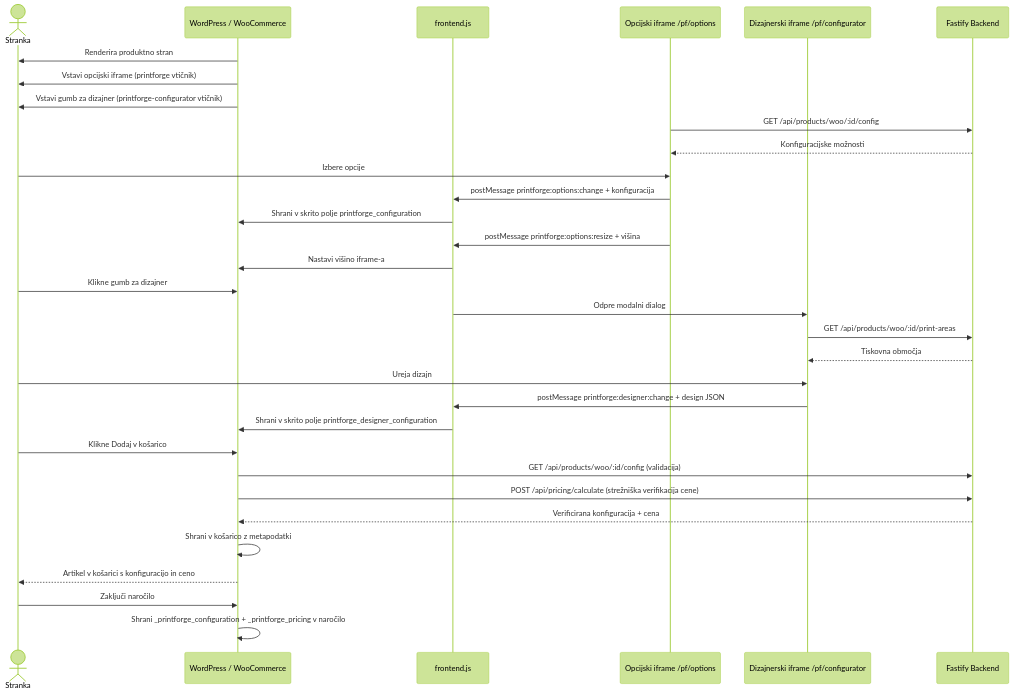
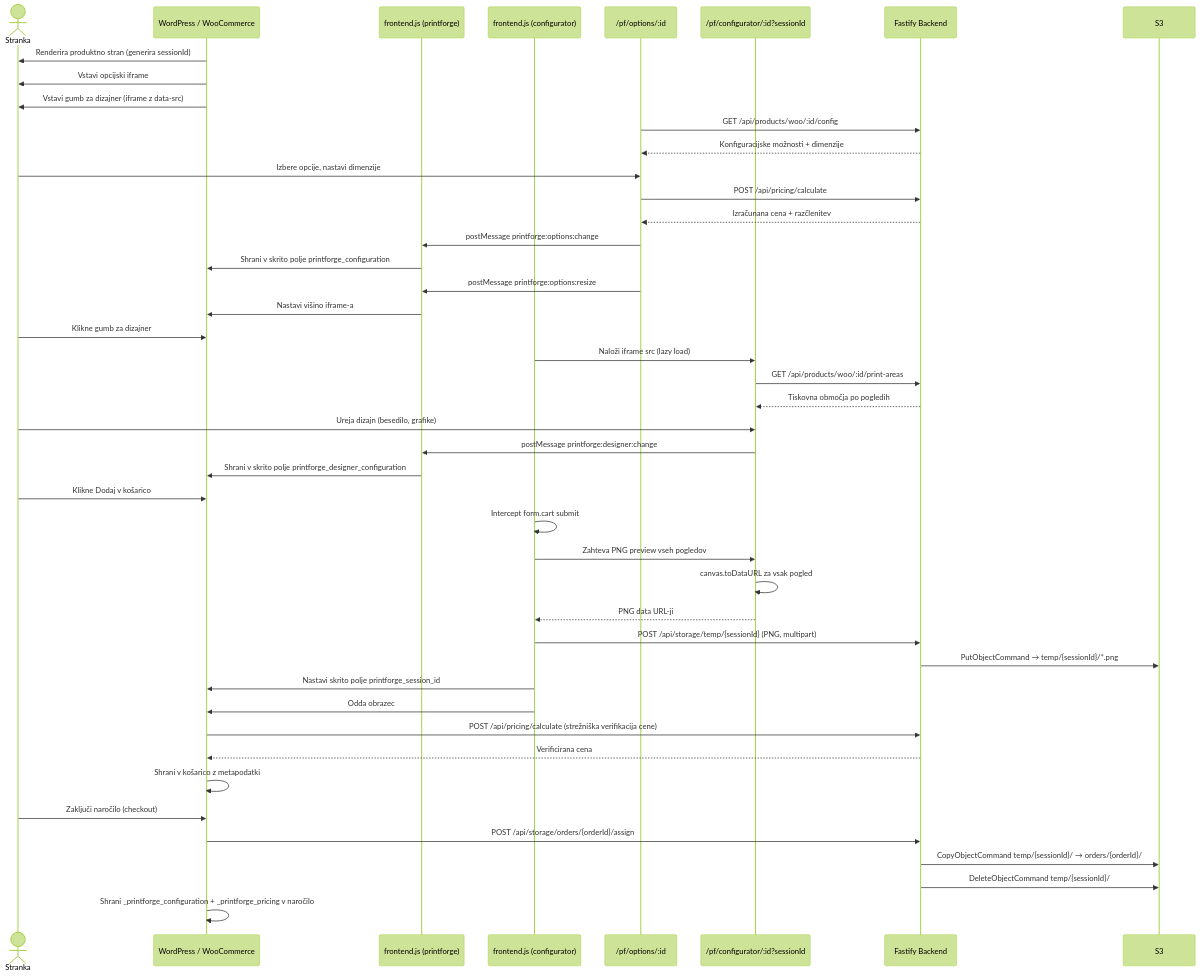
One commit to neoxk/printforge changed diagram 17 of 19 in README.md. Above: the diagram before and after it, drawn with Mermaid (forest theme). The commit also changed other lines of this file, not shown here.

````diff
--- a/README.md
+++ b/README.md
@@ -1127,41 +1169,54 @@
 ```mermaid
 sequenceDiagram
     actor Stranka
     participant WP as WordPress / WooCommerce
-    participant JS as frontend.js
-    participant OptionsIframe as Opcijski iframe /pf/options
-    participant DesignerIframe as Dizajnerski iframe /pf/configurator
+    participant OptJS as frontend.js (printforge)
+    participant CfgJS as frontend.js (configurator)
+    participant OptionsIframe as /pf/options/:id
+    participant DesignerIframe as /pf/configurator/:id?sessionId
     participant Backend as Fastify Backend
+    participant S3
 
-    WP->>Stranka: Renderira produktno stran
-    WP->>Stranka: Vstavi opcijski iframe (printforge vtičnik)
-    WP->>Stranka: Vstavi gumb za dizajner (printforge-configurator vtičnik)
+    WP->>Stranka: Renderira produktno stran (generira sessionId)
+    WP->>Stranka: Vstavi opcijski iframe
+    WP->>Stranka: Vstavi gumb za dizajner (iframe z data-src)
 
     OptionsIframe->>Backend: GET /api/products/woo/:id/config
-    Backend-->>OptionsIframe: Konfiguracijske možnosti
+    Backend-->>OptionsIframe: Konfiguracijske možnosti + dimenzije
 
-    Stranka->>OptionsIframe: Izbere opcije
-    OptionsIframe->>JS: postMessage printforge:options:change + konfiguracija
-    JS->>WP: Shrani v skrito polje printforge_configuration
-
-    OptionsIframe->>JS: postMessage printforge:options:resize + višina
-    JS->>WP: Nastavi višino iframe-a
+    Stranka->>OptionsIframe: Izbere opcije, nastavi dimenzije
+    OptionsIframe->>Backend: POST /api/pricing/calculate
+    Backend-->>OptionsIframe: Izračunana cena + razčlenitev
+    OptionsIframe->>OptJS: postMessage printforge:options:change
+    OptJS->>WP: Shrani v skrito polje printforge_configuration
+    OptionsIframe->>OptJS: postMessage printforge:options:resize
+    OptJS->>WP: Nastavi višino iframe-a
 
     Stranka->>WP: Klikne gumb za dizajner
-    JS->>DesignerIframe: Odpre modalni dialog
+    CfgJS->>DesignerIframe: Naloži iframe src (lazy load)
     DesignerIframe->>Backend: GET /api/products/woo/:id/print-areas
-    Backend-->>DesignerIframe: Tiskovna območja
-    Stranka->>DesignerIframe: Ureja dizajn
-    DesignerIframe->>JS: postMessage printforge:designer:change + design JSON
-    JS->>WP: Shrani v skrito polje printforge_designer_configuration
+    Backend-->>DesignerIframe: Tiskovna območja po pogledih
+    Stranka->>DesignerIframe: Ureja dizajn (besedilo, grafike)
+    DesignerIframe->>OptJS: postMessage printforge:designer:change
+    OptJS->>WP: Shrani v skrito polje printforge_designer_configuration
 
     Stranka->>WP: Klikne Dodaj v košarico
-    WP->>Backend: GET /api/products/woo/:id/config (validacija)
+    CfgJS->>CfgJS: Intercept form.cart submit
+    CfgJS->>DesignerIframe: Zahteva PNG preview vseh pogledov
+    DesignerIframe->>DesignerIframe: canvas.toDataURL za vsak pogled
+    DesignerIframe-->>CfgJS: PNG data URL-ji
+    CfgJS->>Backend: POST /api/storage/temp/{sessionId} (PNG, multipart)
+    Backend->>S3: PutObjectCommand → temp/{sessionId}/*.png
+    CfgJS->>WP: Nastavi skrito polje printforge_session_id
+    CfgJS->>WP: Odda obrazec
+
     WP->>Backend: POST /api/pricing/calculate (strežniška verifikacija cene)
-    Backend-->>WP: Verificirana konfiguracija + cena
+    Backend-->>WP: Verificirana cena
     WP->>WP: Shrani v košarico z metapodatki
-    WP-->>Stranka: Artikel v košarici s konfiguracijo in ceno
 
-    Stranka->>WP: Zaključi naročilo
+    Stranka->>WP: Zaključi naročilo (checkout)
+    WP->>Backend: POST /api/storage/orders/{orderId}/assign
+    Backend->>S3: CopyObjectCommand temp/{sessionId}/ → orders/{orderId}/
+    Backend->>S3: DeleteObjectCommand temp/{sessionId}/
     WP->>WP: Shrani _printforge_configuration + _printforge_pricing v naročilo
 ```
````
